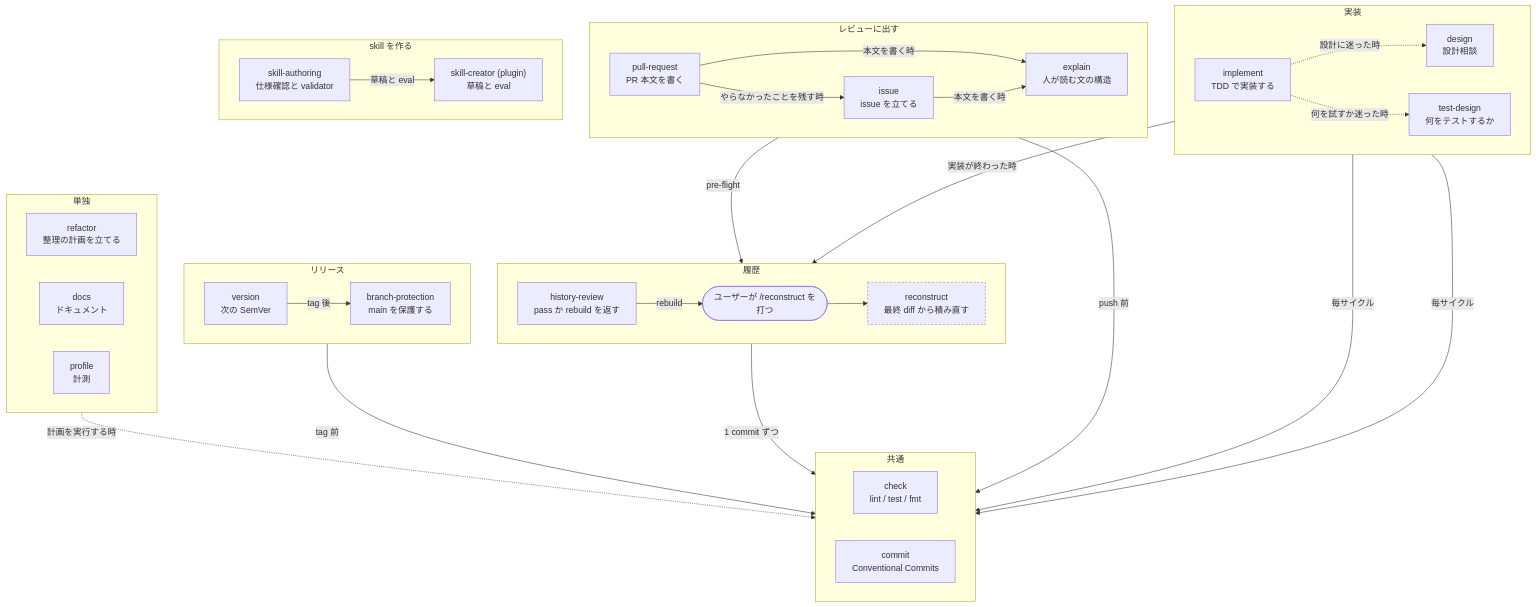
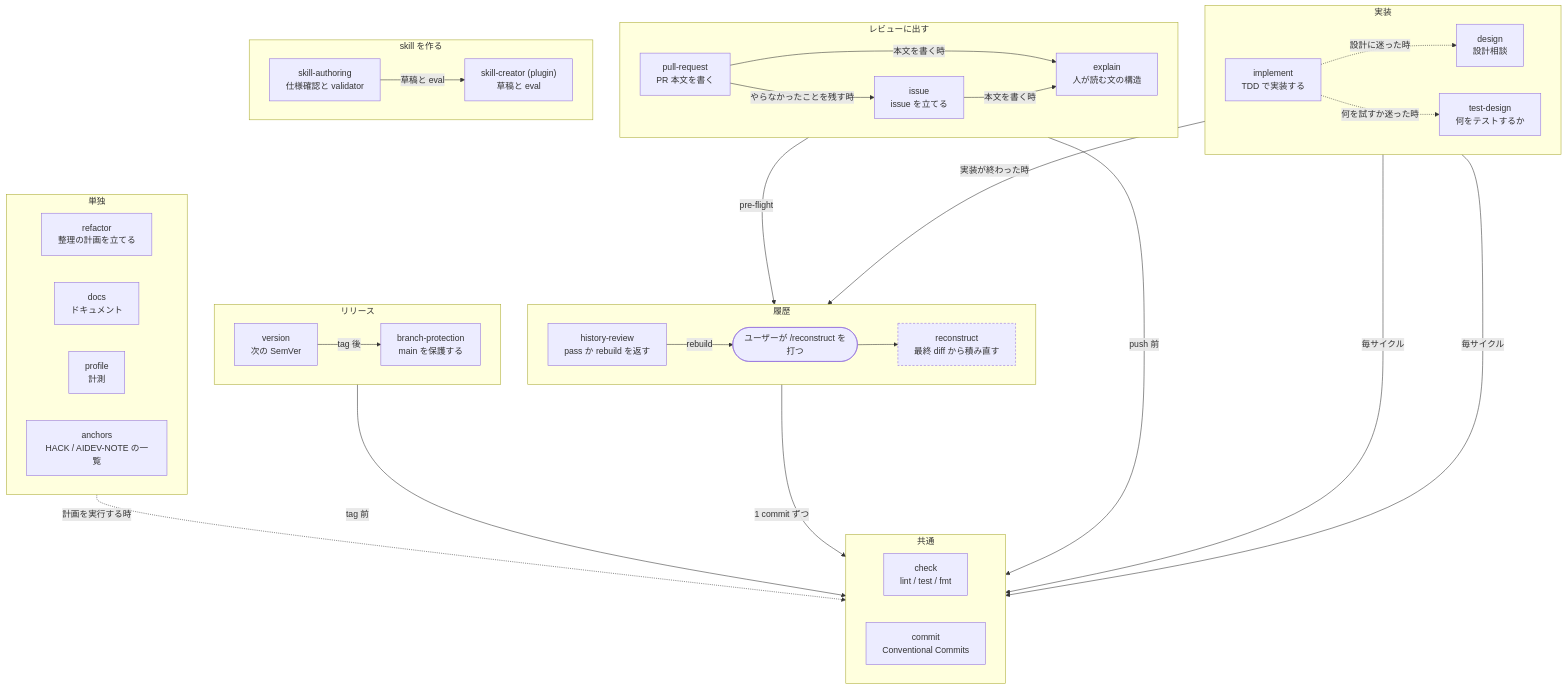
Before and after one commit to Xantibody/dotfiles: the diagram in configs/claude/README.md, drawn with Mermaid. The commit also changed 4 other files, not shown here.

````diff
--- a/configs/claude/README.md
+++ b/configs/claude/README.md
@@ -5,70 +5,71 @@
 ```mermaid
 flowchart TD
   subgraph build["実装"]
     direction LR
     design["design<br/>設計相談"]
     implement["implement<br/>TDD で実装する"]
     testdesign["test-design<br/>何をテストするか"]
   end
 
   subgraph ship["レビューに出す"]
     direction LR
     pr["pull-request<br/>PR 本文を書く"]
     issue["issue<br/>issue を立てる"]
     explain["explain<br/>人が読む文の構造"]
   end
 
   subgraph history["履歴"]
     direction LR
     hr["history-review<br/>pass か rebuild を返す"]
     user(["ユーザーが /reconstruct を打つ"])
     reconstruct["reconstruct<br/>最終 diff から積み直す"]
   end
 
   subgraph release["リリース"]
     direction LR
     version["version<br/>次の SemVer"]
     bp["branch-protection<br/>main を保護する"]
   end
 
   subgraph meta["skill を作る"]
     direction LR
     sa["skill-authoring<br/>仕様確認と validator"]
     sc["skill-creator (plugin)<br/>草稿と eval"]
   end
 
   subgraph solo["単独"]
     direction LR
     refactor["refactor<br/>整理の計画を立てる"]
     docs["docs<br/>ドキュメント"]
     profile["profile<br/>計測"]
+    anchors["anchors<br/>HACK / AIDEV-NOTE の一覧"]
   end
 
   subgraph shared["共通"]
     direction LR
     check["check<br/>lint / test / fmt"]
     commit["commit<br/>Conventional Commits"]
   end
 
   implement -.->|"設計に迷った時"| design
   implement -.->|"何を試すか迷った時"| testdesign
   implement -->|"実装が終わった時"| hr
   pr -->|"pre-flight"| hr
   pr -->|"本文を書く時"| explain
   pr -->|"やらなかったことを残す時"| issue
   issue -->|"本文を書く時"| explain
   hr -->|"rebuild"| user
   user --> reconstruct
   version -->|"tag 後"| bp
   sa -->|"草稿と eval"| sc
 
   implement -->|"毎サイクル"| check
   implement -->|"毎サイクル"| commit
   pr -->|"push 前"| check
   reconstruct -->|"1 commit ずつ"| commit
   version -->|"tag 前"| check
   refactor -.->|"計画を実行する時"| commit
 
   classDef hidden stroke-dasharray:4 3
   class reconstruct hidden
 ```
````
